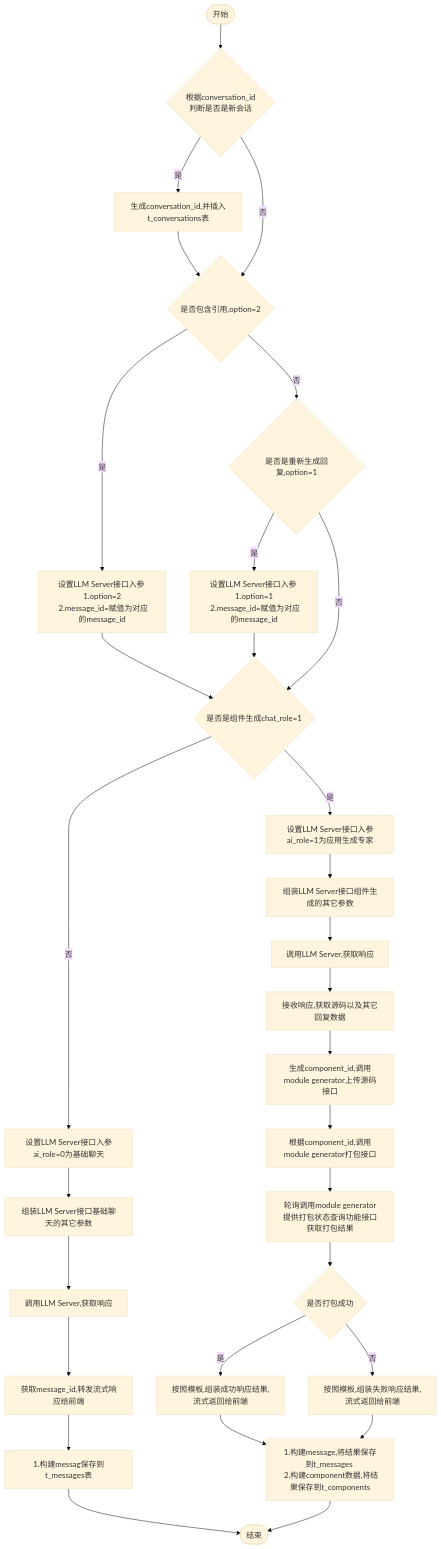
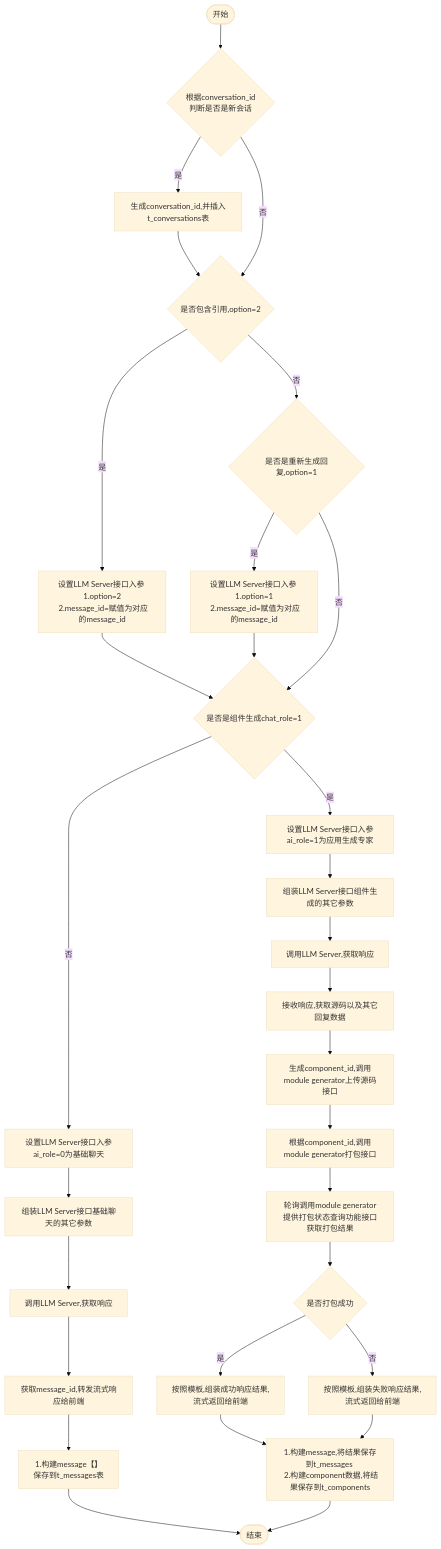
One commit to yingjianzh/iodraw-files changed the diagram in all/w3-会话-不需要传递message.md. Above: the diagram before and after it, drawn with Mermaid (base theme).

Commit message:
2024-10-14 14:03:26 update

````diff
--- a/all/w3-会话-不需要传递message.md
+++ b/all/w3-会话-不需要传递message.md
@@ -1,36 +1,36 @@
 ```mermaid
 flowchart TD
     A([开始]) --> B{根据conversation_id \n 判断是否是新会话}
     B -- 是 --> C[生成conversation_id,并插入t_conversations表]
     C --> D
     B -- 否 --> D{是否包含引用,option=2}
     D -- 是 --> E[设置LLM Server接口入参 \n 1.option=2 \n 2.message_id=赋值为对应的message_id]
     D -- 否 --> F{是否是重新生成回复,option=1}
     F -- 是 --> G[设置LLM Server接口入参 \n 1.option=1 \n 2.message_id=赋值为对应的message_id]
     F -- 否 --> I
      
     E & G --> I{是否是组件生成chat_role=1}
     I -- 否 --> K[设置LLM Server接口入参ai_role=0为基础聊天]
     I -- 是 --> J[设置LLM Server接口入参ai_role=1为应用生成专家]
     
 
     J --> L[组装LLM Server接口组件生成的其它参数]    
     K --> M[组装LLM Server接口基础聊天的其它参数]    
     M --> N[调用LLM Server,获取响应]    
     N --> O[获取message_id,转发流式响应给前端]
-    O --> P[1.构建messag保存到t_messages表]
+    O --> P[1.构建message【】 \n 保存到t_messages表]
     P --> R([结束])
 
 
     L --> S[调用LLM Server,获取响应]
     S --> T[接收响应,获取源码以及其它回复数据]
     T --> U[生成component_id,调用module generator上传源码接口]
     U --> V[根据component_id,调用module generator打包接口]
     V --> W[轮询调用module generator提供打包状态查询功能接口获取打包结果]
     W --> X{是否打包成功}
     X -- 是 --> Y[按照模板,组装成功响应结果,流式返回给前端]
     X -- 否 --> Z[按照模板,组装失败响应结果,流式返回给前端]
 
     Y & Z --> Result[1.构建message,将结果保存到t_messages \n 2.构建component数据,将结果保存到t_components]
     Result --> R
 ```
````
